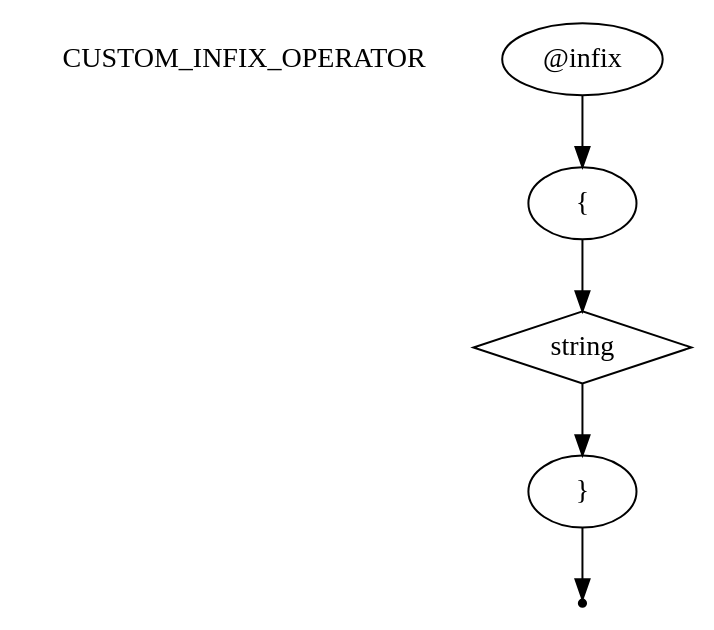
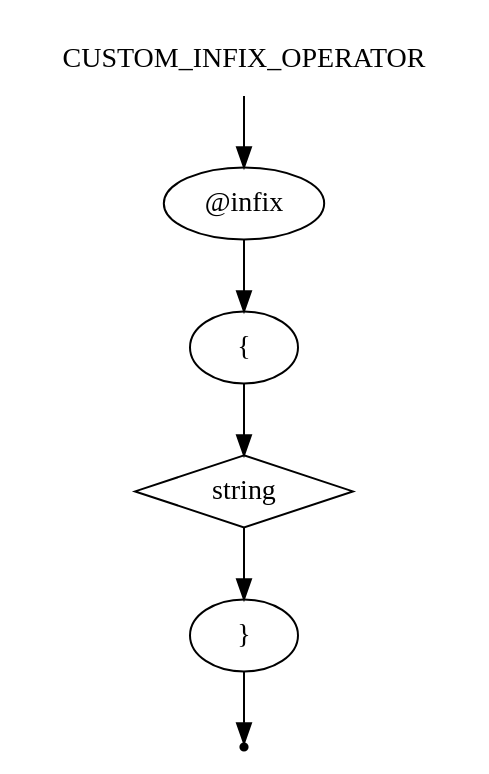
One commit to ayu-f/DSL_Pseudocode changed the diagram in pseudocode/custom_infix_operator.gv. Above: the diagram before and after it, drawn with Graphviz. The commit also changed 15 other files, not shown here.

```diff
--- a/pseudocode/custom_infix_operator.gv
+++ b/pseudocode/custom_infix_operator.gv
@@ -1,13 +1,14 @@
 digraph CUSTOM_INFIX_OPERATOR {
     start [label=CUSTOM_INFIX_OPERATOR shape=plaintext]
     custom_infix_prefix [label="@infix" shape=oval]
     br_open [label="{" shape=oval]
     string [label=string shape=diamond]
     br_close [label="}" shape=oval]
     end [label="" shape=point]
 
+    start -> custom_infix_prefix
     custom_infix_prefix -> br_open
     br_open -> string
     string -> br_close
     br_close -> end
 }
```
